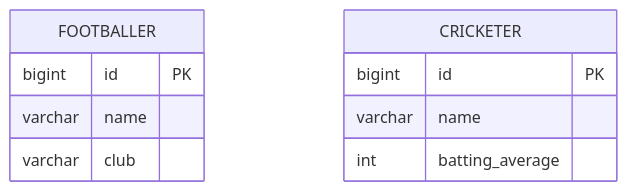
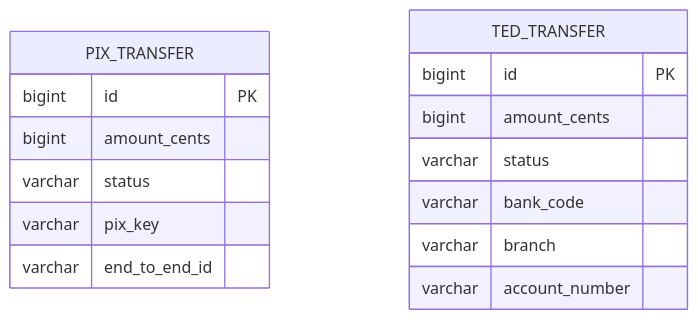
One commit to alancesar/design-patterns changed the diagram in docs/design/poeaa/object-relational-structural/concrete-table-inheritance.md. Above: the diagram before and after it, drawn with Mermaid. The commit also changed other lines of this file and 95 other files, not shown here.

First line of the commit message:
Switch PoEAA examples and diagrams to fintech scenarios

````diff
--- a/docs/design/poeaa/object-relational-structural/concrete-table-inheritance.md
+++ b/docs/design/poeaa/object-relational-structural/concrete-table-inheritance.md
@@ -51,13 +51,18 @@
 ```mermaid
 erDiagram
-    FOOTBALLER {
+    PIX_TRANSFER {
         bigint id PK
-        varchar name
-        varchar club
+        bigint amount_cents
+        varchar status
+        varchar pix_key
+        varchar end_to_end_id
     }
-    CRICKETER {
+    TED_TRANSFER {
         bigint id PK
-        varchar name
-        int batting_average
+        bigint amount_cents
+        varchar status
+        varchar bank_code
+        varchar branch
+        varchar account_number
     }
 ```
````
